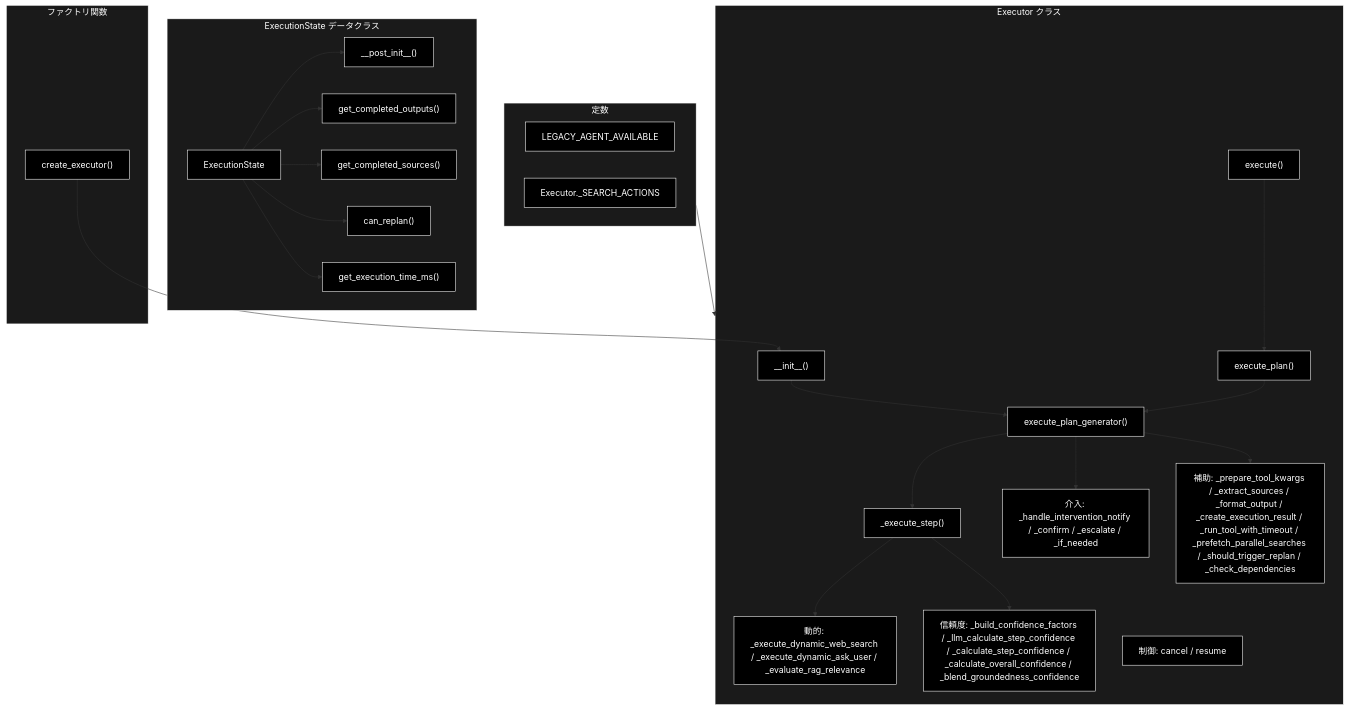
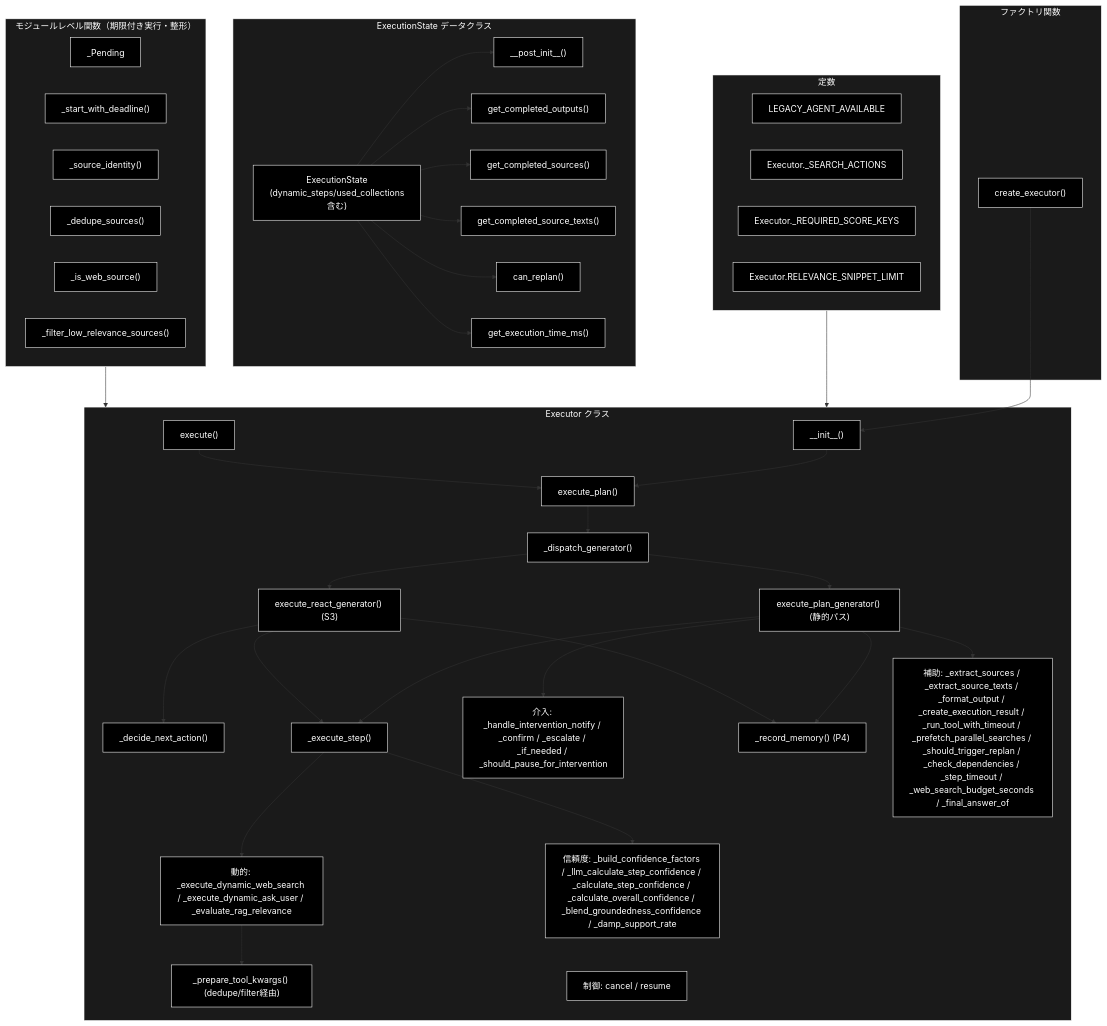
Before and after one commit to nakashima2toshio/grace_v2_local: the second of 6 diagrams in grace/docs/executor.md, drawn with Mermaid. The commit also changed other lines of this file, not shown here.

First line of the commit message:
docs(grace): executor.md を実装(v5.0・ReActループ含む)に追いつかせる

```diff
--- a/grace/docs/executor.md
+++ b/grace/docs/executor.md
@@ -181,27 +221,44 @@
     subgraph CONST["定数"]
         LEGACY_FLAG["LEGACY_AGENT_AVAILABLE"]
         SEARCH_ACT["Executor._SEARCH_ACTIONS"]
+        SCORE_KEYS["Executor._REQUIRED_SCORE_KEYS"]
+        SNIP_LIMIT["Executor.RELEVANCE_SNIPPET_LIMIT"]
+    end
+
+    subgraph HELPERS["モジュールレベル関数（期限付き実行・整形）"]
+        PENDING["_Pending"]
+        DEADLINE["_start_with_deadline()"]
+        IDENT["_source_identity()"]
+        DEDUPE["_dedupe_sources()"]
+        ISWEB["_is_web_source()"]
+        FILTER["_filter_low_relevance_sources()"]
     end
 
     subgraph DATACLASS["ExecutionState データクラス"]
-        ES["ExecutionState"]
+        ES["ExecutionState<br>(dynamic_steps/used_collections含む)"]
         ES_POST["__post_init__()"]
         ES_OUT["get_completed_outputs()"]
         ES_SRC["get_completed_sources()"]
+        ES_TXT["get_completed_source_texts()"]
         ES_REP["can_replan()"]
         ES_TIME["get_execution_time_ms()"]
     end
 
     subgraph EXEC["Executor クラス"]
         INIT["__init__()"]
+        DISPATCH["_dispatch_generator()"]
         EP["execute_plan()"]
-        EPG["execute_plan_generator()"]
+        EPG["execute_plan_generator() (静的パス)"]
+        REACT["execute_react_generator() (S3)"]
+        DECIDE["_decide_next_action()"]
         EXE["execute()"]
         STEP["_execute_step()"]
         DYN["動的: _execute_dynamic_web_search / _execute_dynamic_ask_user / _evaluate_rag_relevance"]
-        CONF["信頼度: _build_confidence_factors / _llm_calculate_step_confidence / _calculate_step_confidence / _calculate_overall_confidence / _blend_groundedness_confidence"]
-        INTV["介入: _handle_intervention_notify / _confirm / _escalate / _if_needed"]
-        UTIL["補助: _prepare_tool_kwargs / _extract_sources / _format_output / _create_execution_result / _run_tool_with_timeout / _prefetch_parallel_searches / _should_trigger_replan / _check_dependencies"]
+        PREP["_prepare_tool_kwargs() (dedupe/filter経由)"]
+        CONF["信頼度: _build_confidence_factors / _llm_calculate_step_confidence / _calculate_step_confidence / _calculate_overall_confidence / _blend_groundedness_confidence / _damp_support_rate"]
+        INTV["介入: _handle_intervention_notify / _confirm / _escalate / _if_needed / _should_pause_for_intervention"]
+        MEMREC["_record_memory() (P4)"]
+        UTIL["補助: _extract_sources / _extract_source_texts / _format_output / _create_execution_result / _run_tool_with_timeout / _prefetch_parallel_searches / _should_trigger_replan / _check_dependencies / _step_timeout / _web_search_budget_seconds / _final_answer_of"]
         CTRL["制御: cancel / resume"]
     end
 
@@ -210,24 +267,34 @@
     end
 
     CONST --> EXEC
+    HELPERS --> EXEC
     ES --> ES_POST
     ES --> ES_OUT
     ES --> ES_SRC
+    ES --> ES_TXT
     ES --> ES_REP
     ES --> ES_TIME
     CE --> INIT
-    INIT --> EPG
-    EP --> EPG
+    INIT --> EP
+    EP --> DISPATCH
+    DISPATCH --> EPG
+    DISPATCH --> REACT
+    REACT --> DECIDE
     EXE --> EP
     EPG --> STEP
+    REACT --> STEP
     STEP --> DYN
     STEP --> CONF
+    DYN --> PREP
     EPG --> INTV
     EPG --> UTIL
+    EPG --> MEMREC
+    REACT --> MEMREC
 classDef default fill:#000,stroke:#fff,color:#fff
 classDef subgraphStyle fill:#1a1a1a,stroke:#fff,color:#fff
-class LEGACY_FLAG,SEARCH_ACT,ES,ES_POST,ES_OUT,ES_SRC,ES_REP,ES_TIME,INIT,EP,EPG,EXE,STEP,DYN,CONF,INTV,UTIL,CTRL,CE default
+class LEGACY_FLAG,SEARCH_ACT,SCORE_KEYS,SNIP_LIMIT,PENDING,DEADLINE,IDENT,DEDUPE,ISWEB,FILTER,ES,ES_POST,ES_OUT,ES_SRC,ES_TXT,ES_REP,ES_TIME,INIT,DISPATCH,EP,EPG,REACT,DECIDE,EXE,STEP,DYN,PREP,CONF,INTV,MEMREC,UTIL,CTRL,CE default
 style CONST fill:#1a1a1a,stroke:#fff,color:#fff
+style HELPERS fill:#1a1a1a,stroke:#fff,color:#fff
 style DATACLASS fill:#1a1a1a,stroke:#fff,color:#fff
 style EXEC fill:#1a1a1a,stroke:#fff,color:#fff
 style FACTORY_GRP fill:#1a1a1a,stroke:#fff,color:#fff
```
